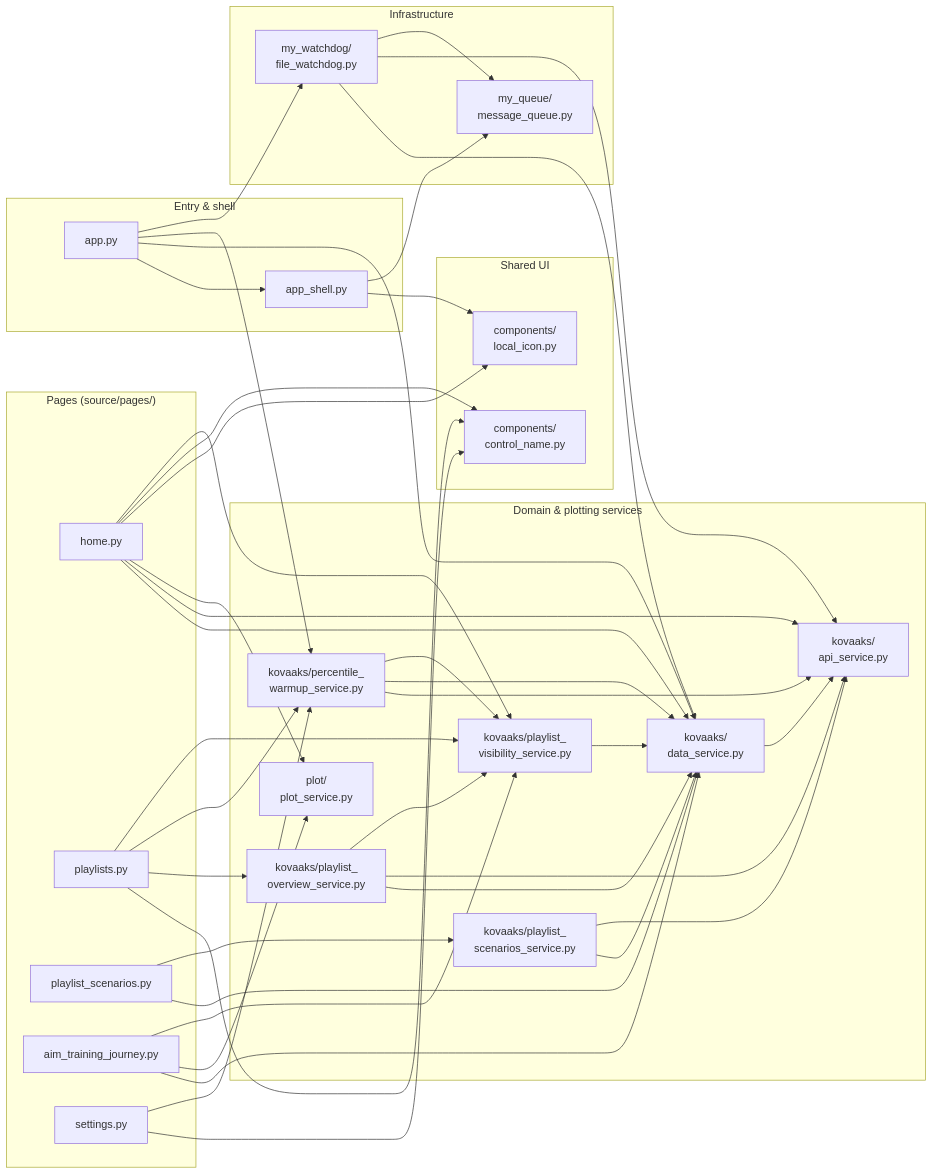
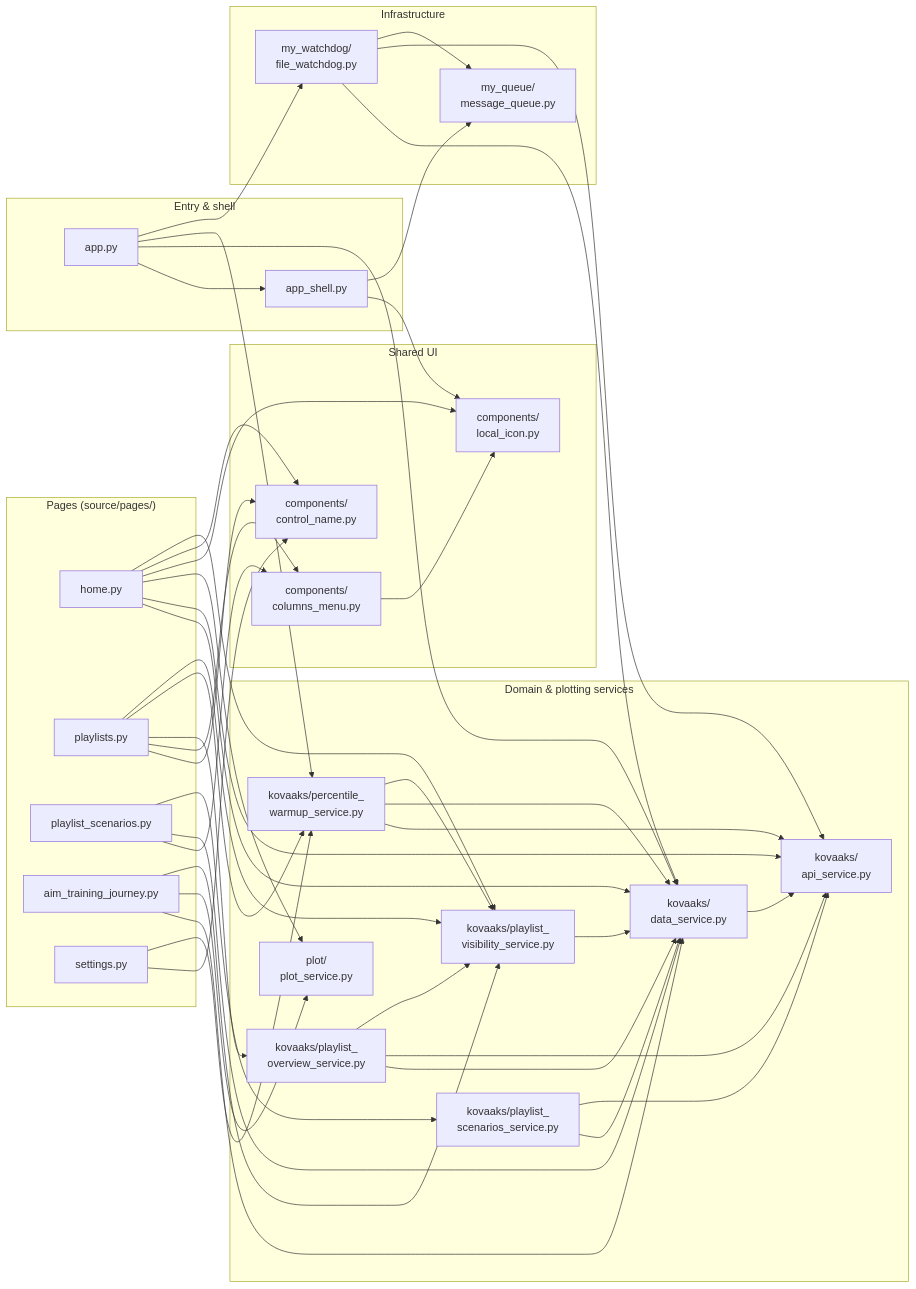
Before and after one commit to MingoDynasty/Corporate-Serf-Dashboard: the third of 3 diagrams in docs/architecture.md, drawn with Mermaid. The commit also changed other lines of this file and 8 other files, not shown here.

First line of the commit message:
docs: record the Columns menu and the KovaaK's ID columns

````diff
--- a/docs/architecture.md
+++ b/docs/architecture.md
@@ -212,76 +212,80 @@
 ```mermaid
 flowchart LR
     subgraph Entry["Entry & shell"]
         App["app.py"]
         Shell["app_shell.py"]
     end
 
     subgraph Pages["Pages (source/pages/)"]
         Home["home.py"]
         Playlists["playlists.py"]
         PlaylistScenarios["playlist_scenarios.py"]
         Journey["aim_training_journey.py"]
         SettingsPage["settings.py"]
     end
 
     subgraph SharedUI["Shared UI"]
         LocalIcon["components/<br/>local_icon.py"]
         ControlName["components/<br/>control_name.py"]
+        ColumnsMenu["components/<br/>columns_menu.py"]
     end
 
     subgraph Services["Domain & plotting services"]
         DataService["kovaaks/<br/>data_service.py"]
         ApiService["kovaaks/<br/>api_service.py"]
         WarmupService["kovaaks/percentile_<br/>warmup_service.py"]
         PlaylistService["kovaaks/playlist_<br/>scenarios_service.py"]
         OverviewService["kovaaks/playlist_<br/>overview_service.py"]
         Visibility["kovaaks/playlist_<br/>visibility_service.py"]
         PlotService["plot/<br/>plot_service.py"]
     end
 
     subgraph Infra["Infrastructure"]
         FileWatchdog["my_watchdog/<br/>file_watchdog.py"]
         Queue["my_queue/<br/>message_queue.py"]
     end
 
     App --> Shell
     App --> DataService
     App --> WarmupService
     App --> FileWatchdog
 
     Shell --> LocalIcon
     Shell --> Queue
     Home --> DataService
     Home --> ApiService
     Home --> PlotService
     Home --> LocalIcon
     Home --> ControlName
     Playlists --> ControlName
     SettingsPage --> ControlName
+    Playlists --> ColumnsMenu
+    PlaylistScenarios --> ColumnsMenu
+    ColumnsMenu --> LocalIcon
     Playlists --> OverviewService
     Playlists --> WarmupService
     WarmupService --> ApiService
     WarmupService --> DataService
     WarmupService --> Visibility
     PlaylistScenarios --> DataService
     PlaylistScenarios --> PlaylistService
     Journey --> DataService
     Journey --> PlotService
     SettingsPage --> WarmupService
 
     Home --> Visibility
     Journey --> Visibility
     Playlists --> Visibility
 
     PlaylistService --> DataService
     PlaylistService --> ApiService
     OverviewService --> DataService
     OverviewService --> ApiService
     OverviewService --> Visibility
     Visibility --> DataService
     DataService --> ApiService
 
     FileWatchdog --> DataService
     FileWatchdog --> ApiService
     FileWatchdog --> Queue
 ```
````
